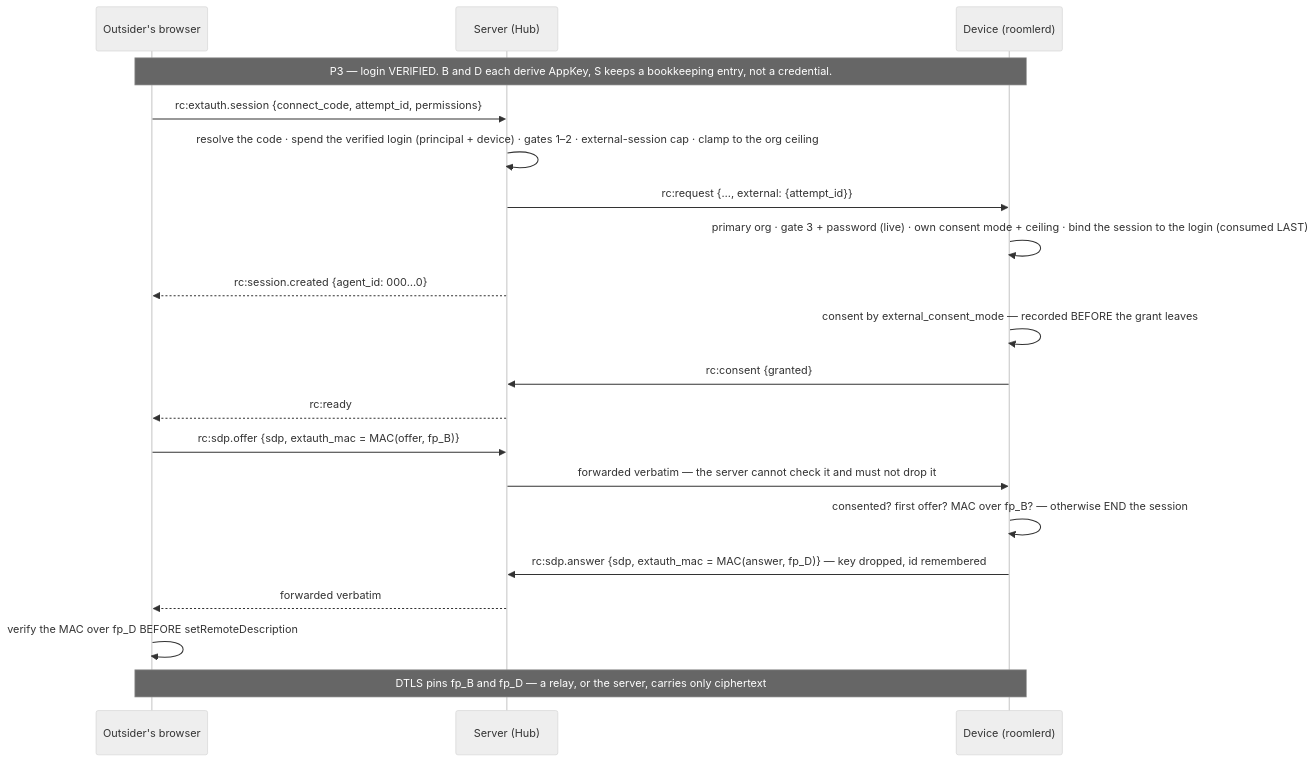
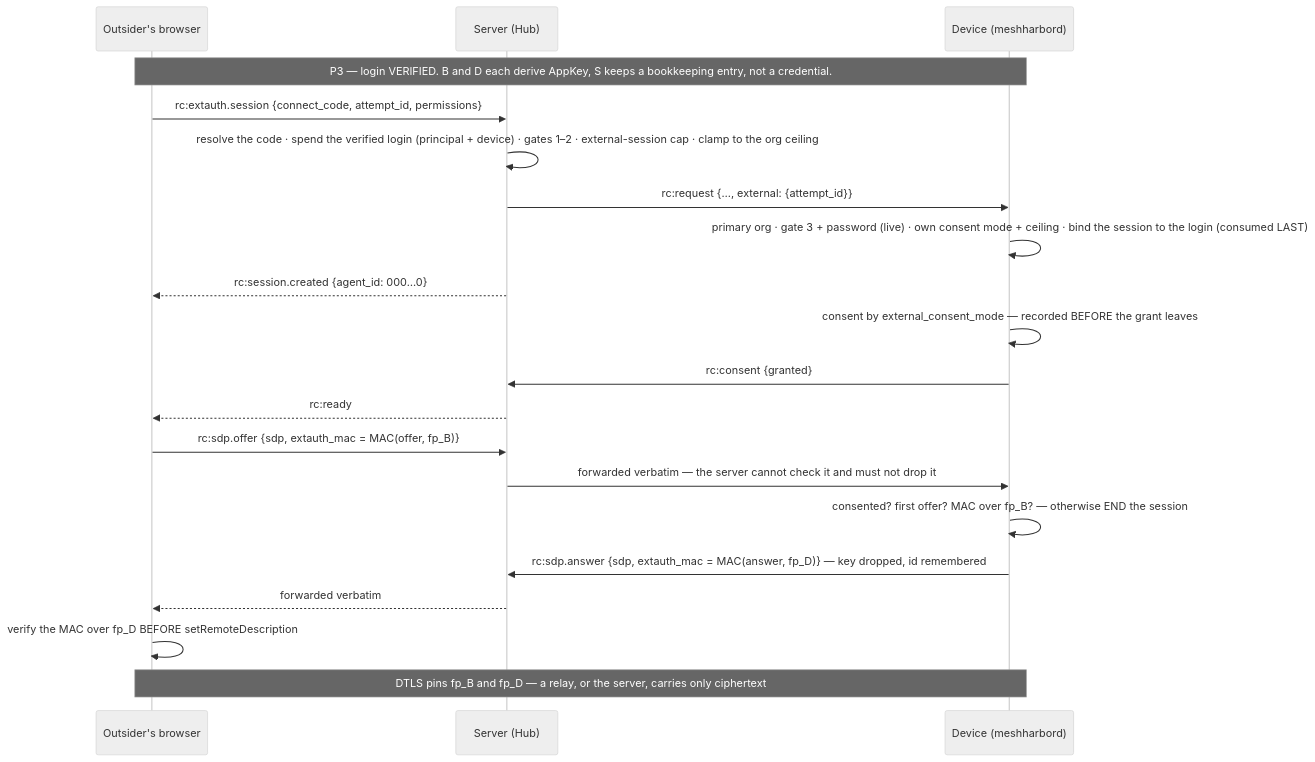
The diagram in docs/fr/FR-52-cross-org-remote-access.md (jk-zhang-meta/MeshHarbor), drawn with Mermaid (neutral theme) before and after one commit. The commit also changed other lines of this file and 682 other files, not shown here.

````diff
--- a/docs/fr/FR-52-cross-org-remote-access.md
+++ b/docs/fr/FR-52-cross-org-remote-access.md
@@ -280,22 +280,22 @@
 ```mermaid
 sequenceDiagram
   participant B as Outsider's browser
   participant S as Server (Hub)
-  participant D as Device (roomlerd)
+  participant D as Device (meshharbord)
   Note over B,D: P3 — login VERIFIED. B and D each derive AppKey, S keeps a bookkeeping entry, not a credential.
   B->>S: rc:extauth.session {connect_code, attempt_id, permissions}
   S->>S: resolve the code · spend the verified login (principal + device) · gates 1–2 · external-session cap · clamp to the org ceiling
   S->>D: rc:request {…, external: {attempt_id}}
   D->>D: primary org · gate 3 + password (live) · own consent mode + ceiling · bind the session to the login (consumed LAST)
   S-->>B: rc:session.created {agent_id: 000…0}
   D->>D: consent by external_consent_mode — recorded BEFORE the grant leaves
   D->>S: rc:consent {granted}
   S-->>B: rc:ready
   B->>S: rc:sdp.offer {sdp, extauth_mac = MAC(offer, fp_B)}
   S->>D: forwarded verbatim — the server cannot check it and must not drop it
   D->>D: consented? first offer? MAC over fp_B? — otherwise END the session
   D->>S: rc:sdp.answer {sdp, extauth_mac = MAC(answer, fp_D)} — key dropped, id remembered
   S-->>B: forwarded verbatim
   B->>B: verify the MAC over fp_D BEFORE setRemoteDescription
   Note over B,D: DTLS pins fp_B and fp_D — a relay, or the server, carries only ciphertext
 ```
````
